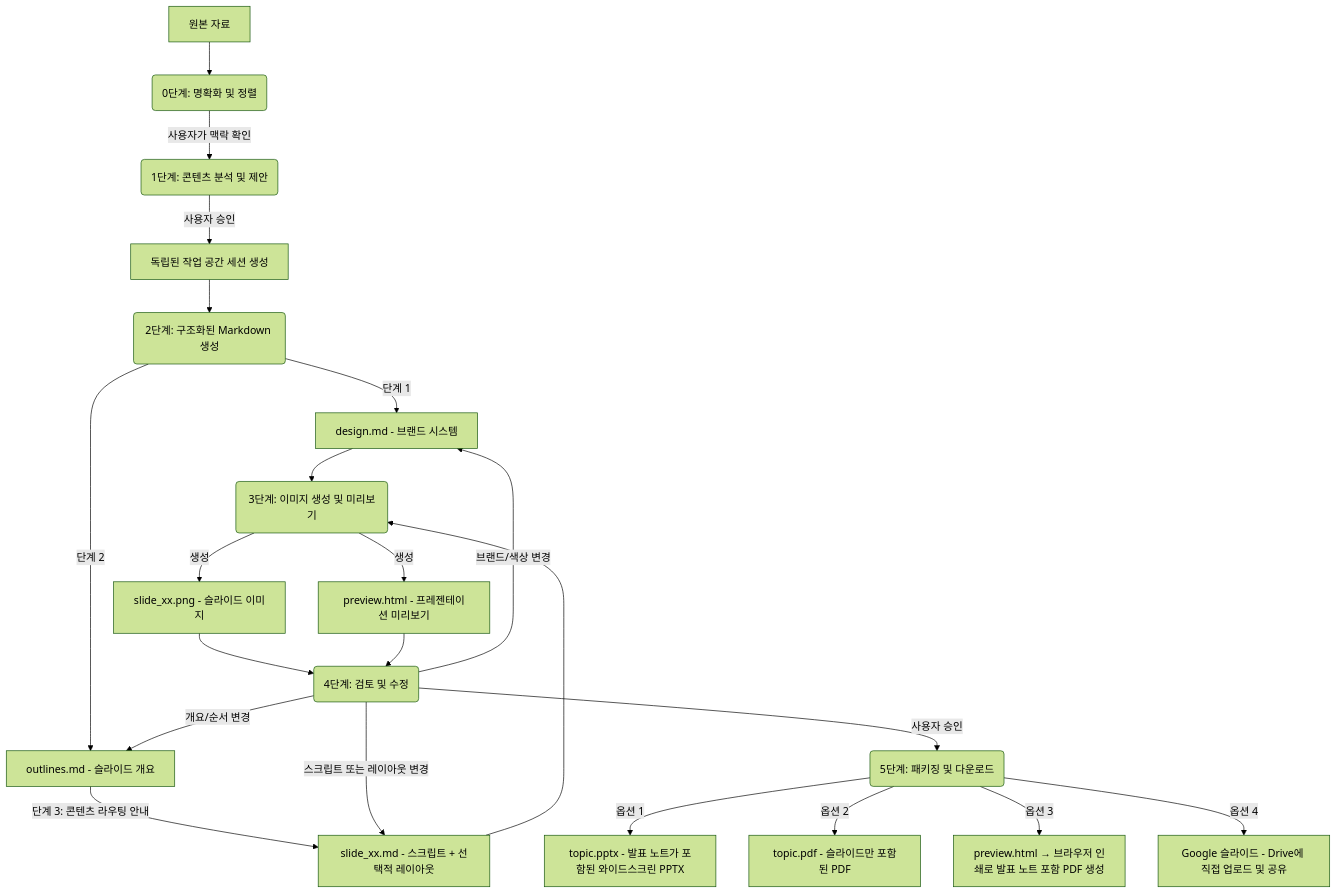
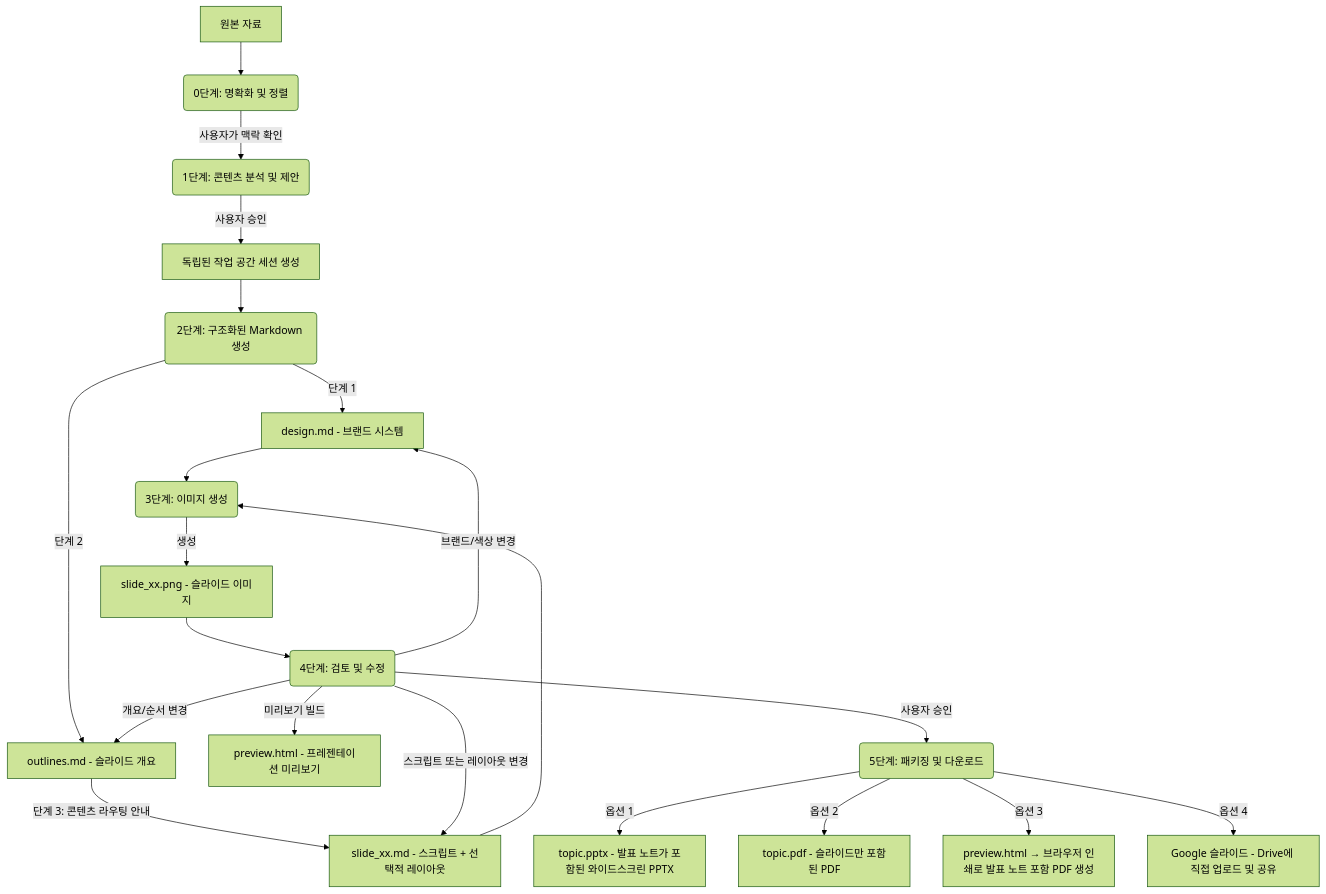
Before and after one commit to sylphlin/slide-gen-agent: the diagram in README.ko.md, drawn with Mermaid (forest theme). The commit also changed other lines of this file and 6 other files, not shown here.

````diff
--- a/README.ko.md
+++ b/README.ko.md
@@ -23,27 +23,26 @@
 ```mermaid
 graph TD
     A[원본 자료] --> A0(0단계: 명확화 및 정렬)
     A0 -->|사용자가 맥락 확인| B(1단계: 콘텐츠 분석 및 제안)
     B -->|사용자 승인| C[독립된 작업 공간 세션 생성]
     C --> D(2단계: 구조화된 Markdown 생성)
 
     D -->|단계 1| E1[design.md - 브랜드 시스템]
     D -->|단계 2| E2[outlines.md - 슬라이드 개요]
     E2 -->|단계 3: 콘텐츠 라우팅 안내| E3[slide_xx.md - 스크립트 + 선택적 레이아웃]
 
-    E1 & E3 --> F(3단계: 이미지 생성 및 미리보기)
+    E1 & E3 --> F(3단계: 이미지 생성)
     F -->|생성| G1[slide_xx.png - 슬라이드 이미지]
-    F -->|생성| G2[preview.html - 프레젠테이션 미리보기]
-
-    G1 & G2 --> H(4단계: 검토 및 수정)
+    G1 --> H(4단계: 검토 및 수정)
+    H -->|미리보기 빌드| G2[preview.html - 프레젠테이션 미리보기]
 
     H -->|스크립트 또는 레이아웃 변경| E3
     H -->|개요/순서 변경| E2
     H -->|브랜드/색상 변경| E1
 
     H -->|사용자 승인| I(5단계: 패키징 및 다운로드)
     I -->|옵션 1| J[topic.pptx - 발표 노트가 포함된 와이드스크린 PPTX]
     I -->|옵션 2| K[topic.pdf - 슬라이드만 포함된 PDF]
     I -->|옵션 3| L[preview.html → 브라우저 인쇄로 발표 노트 포함 PDF 생성]
     I -->|옵션 4| M[Google 슬라이드 - Drive에 직접 업로드 및 공유]
 ```
````
